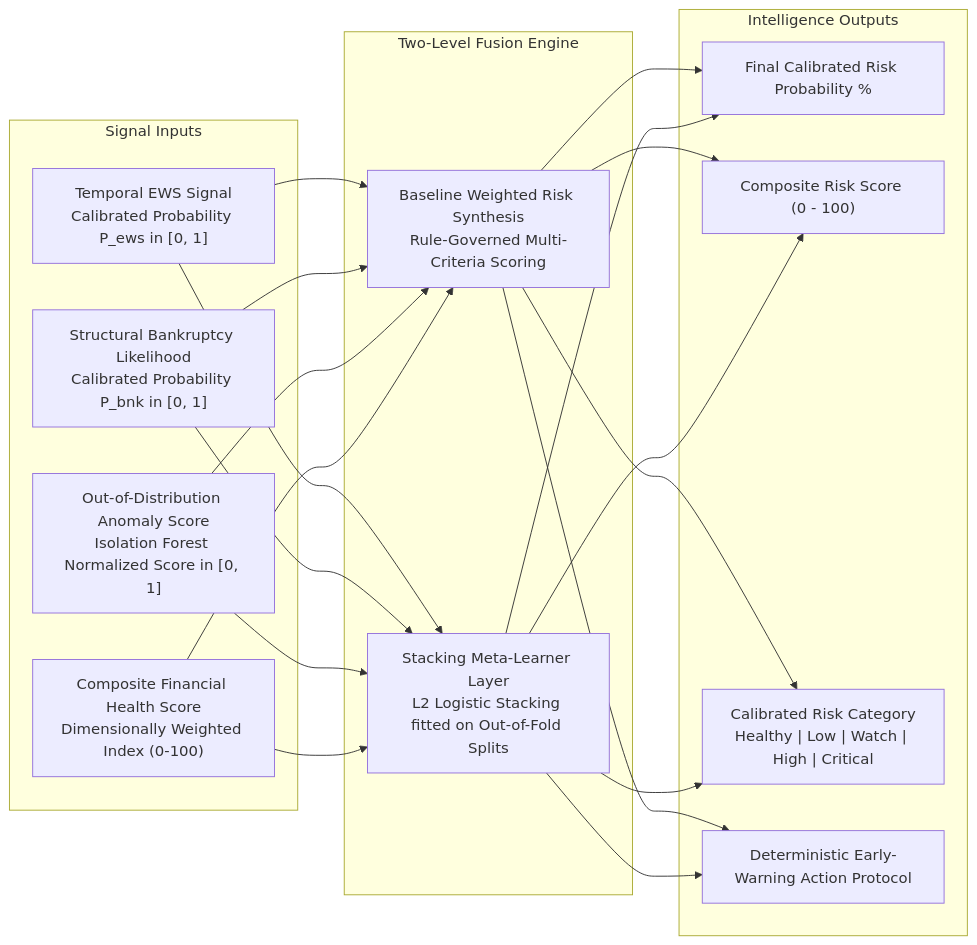
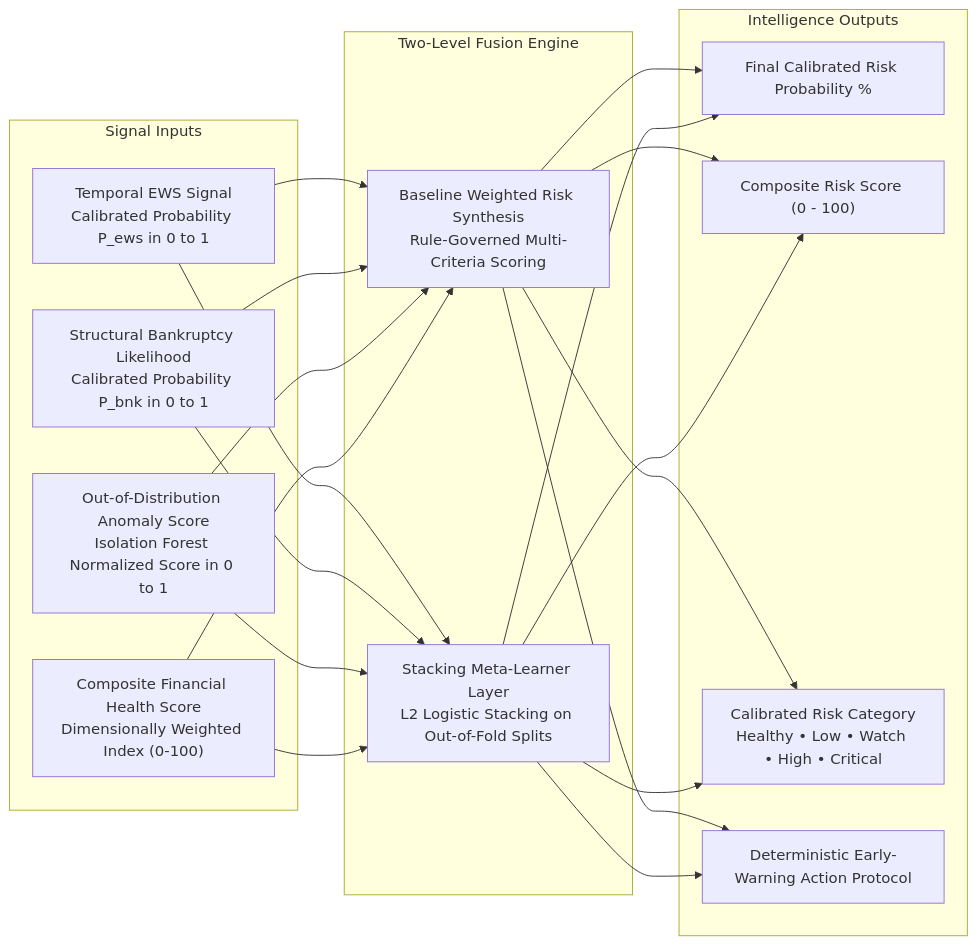
The third of 5 diagrams in docs/ARCHITECTURE.md (PrajwalGN1/-Explainable-Multi-Source-Financial-Distress-Early-Warning-Risk-Intelligence-System), drawn with Mermaid before and after one commit. The commit also changed other lines of this file and 2 other files, not shown here.

Commit message:
docs: sanitize Mermaid diagrams for 100% GitHub Markdown compatibility

````diff
--- a/docs/ARCHITECTURE.md
+++ b/docs/ARCHITECTURE.md
@@ -96,24 +96,37 @@
 ```mermaid
 flowchart LR
-    subgraph Signal Inputs
-        S1["Temporal EWS Signal<br/>Calibrated Probability P_ews in [0, 1]"]
-        S2["Structural Bankruptcy Likelihood<br/>Calibrated Probability P_bnk in [0, 1]"]
-        S3["Out-of-Distribution Anomaly Score<br/>Isolation Forest Normalized Score in [0, 1]"]
+    subgraph Signal_Inputs ["Signal Inputs"]
+        S1["Temporal EWS Signal<br/>Calibrated Probability P_ews in 0 to 1"]
+        S2["Structural Bankruptcy Likelihood<br/>Calibrated Probability P_bnk in 0 to 1"]
+        S3["Out-of-Distribution Anomaly Score<br/>Isolation Forest Normalized Score in 0 to 1"]
         S4["Composite Financial Health Score<br/>Dimensionally Weighted Index (0-100)"]
     end
 
-    subgraph Two-Level Fusion Engine
+    subgraph Fusion_Engine ["Two-Level Fusion Engine"]
         F1["Baseline Weighted Risk Synthesis<br/>Rule-Governed Multi-Criteria Scoring"]
-        F2["Stacking Meta-Learner Layer<br/>L2 Logistic Stacking fitted on Out-of-Fold Splits"]
-        S1 & S2 & S3 & S4 --> F1
-        S1 & S2 & S3 & S4 --> F2
+        F2["Stacking Meta-Learner Layer<br/>L2 Logistic Stacking on Out-of-Fold Splits"]
+        S1 --> F1
+        S2 --> F1
+        S3 --> F1
+        S4 --> F1
+        S1 --> F2
+        S2 --> F2
+        S3 --> F2
+        S4 --> F2
     end
 
-    subgraph Intelligence Outputs
+    subgraph Intelligence_Outputs ["Intelligence Outputs"]
         OUT_P["Final Calibrated Risk Probability %"]
         OUT_S["Composite Risk Score (0 - 100)"]
-        OUT_C["Calibrated Risk Category<br/>Healthy | Low | Watch | High | Critical"]
+        OUT_C["Calibrated Risk Category<br/>Healthy • Low • Watch • High • Critical"]
         OUT_A["Deterministic Early-Warning Action Protocol"]
-        F1 & F2 --> OUT_P & OUT_S & OUT_C & OUT_A
+        F1 --> OUT_P
+        F1 --> OUT_S
+        F1 --> OUT_C
+        F1 --> OUT_A
+        F2 --> OUT_P
+        F2 --> OUT_S
+        F2 --> OUT_C
+        F2 --> OUT_A
     end
 ```
````
